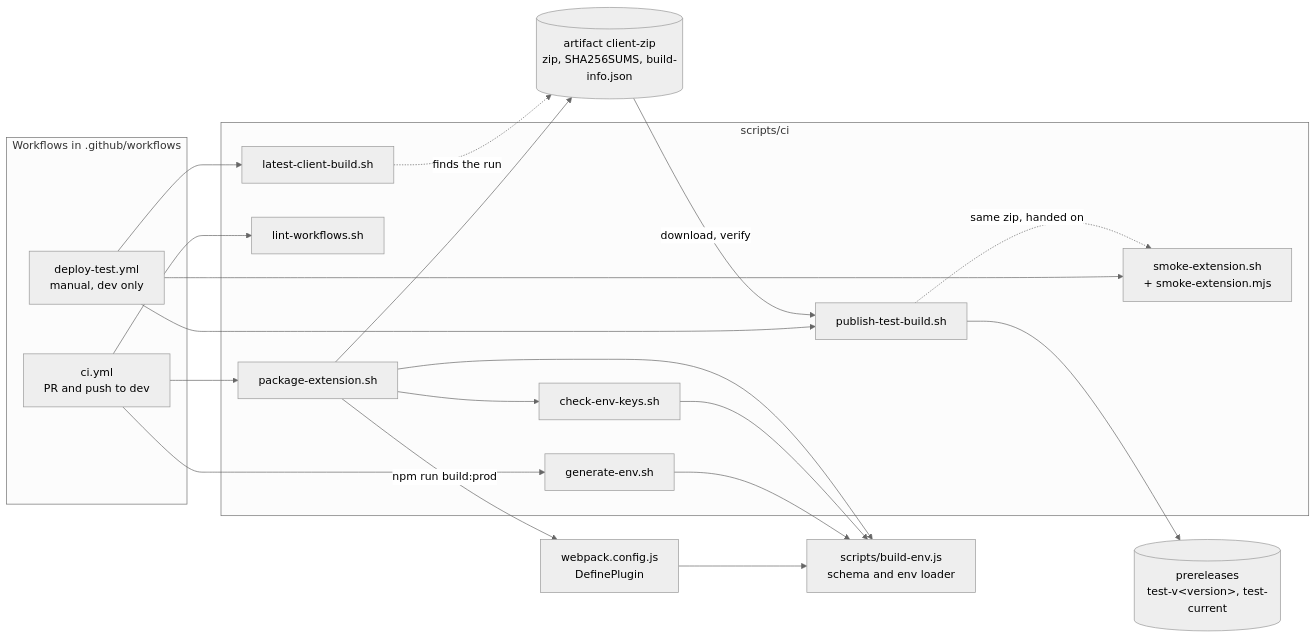
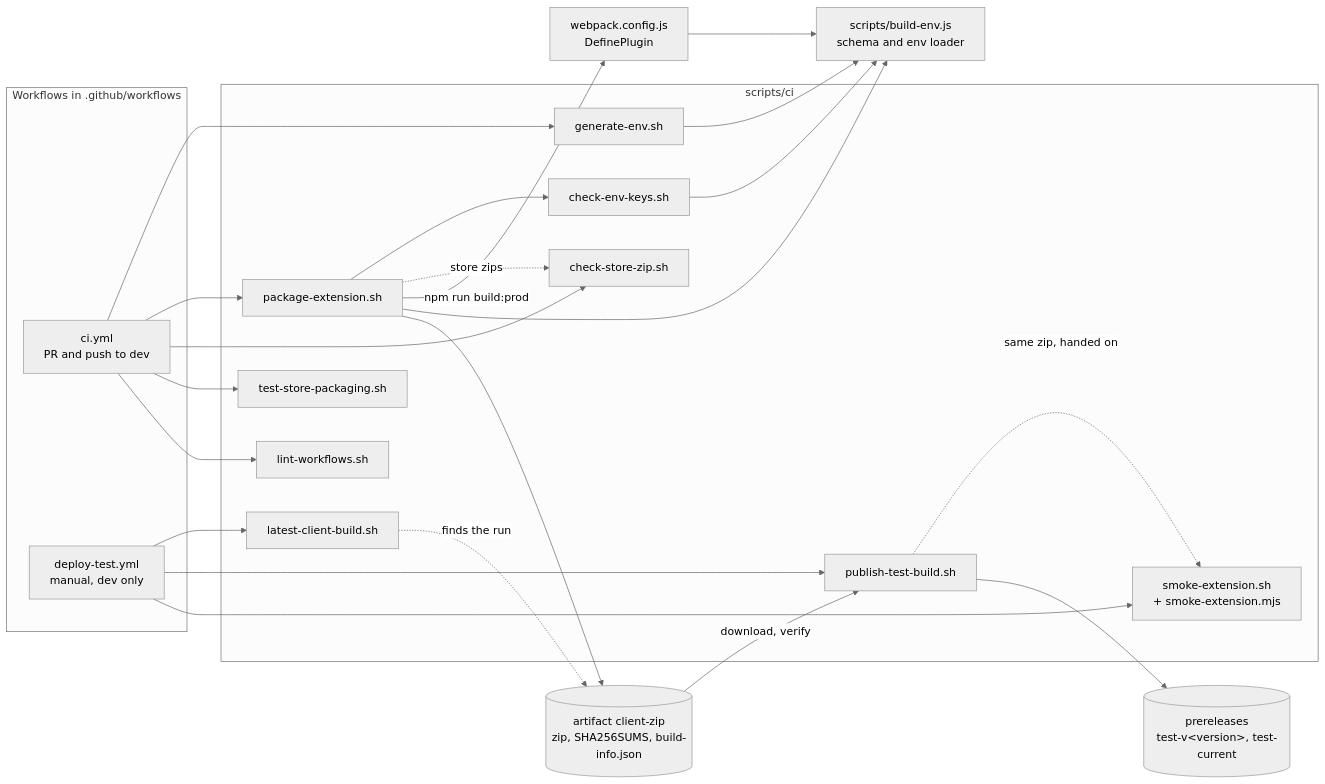
Before and after one commit to Digital-Assistant/Digital_Assistant_Client: the diagram in scripts/ci/README.md, drawn with Mermaid (neutral theme). The commit also changed other lines of this file and 12 other files, not shown here.

Commit message:
feat(ci): cut TEST and PROD Chrome Web Store zips from one build and check them (#637)

````diff
--- a/scripts/ci/README.md
+++ b/scripts/ci/README.md
@@ -6,28 +6,31 @@
 ```mermaid
 flowchart LR
     subgraph WF["Workflows in .github/workflows"]
         CI["ci.yml<br/>PR and push to dev"]
         DT["deploy-test.yml<br/>manual, dev only"]
     end
     subgraph SC["scripts/ci"]
         GE["generate-env.sh"]
         PE["package-extension.sh"]
+        CS["check-store-zip.sh"]
+        TS["test-store-packaging.sh"]
         CK["check-env-keys.sh"]
         LW["lint-workflows.sh"]
         LB["latest-client-build.sh"]
         PT["publish-test-build.sh"]
         SM["smoke-extension.sh<br/>+ smoke-extension.mjs"]
     end
     BE["scripts/build-env.js<br/>schema and env loader"]
     WP["webpack.config.js<br/>DefinePlugin"]
-    CI --> GE & PE & LW
+    CI --> GE & PE & CS & TS & LW
     PE --> CK
+    PE -. "store zips" .-> CS
     PE -- "npm run build:prod" --> WP
     GE & CK & PE & WP --> BE
     PE --> ART[("artifact client-zip<br/>zip, SHA256SUMS, build-info.json")]
     DT --> LB & PT & SM
     LB -. "finds the run" .-> ART
     ART -- "download, verify" --> PT
     PT -. "same zip, handed on" .-> SM
     PT --> REL[("prereleases<br/>test-v&lt;version&gt;, test-current")]
 ```
````
